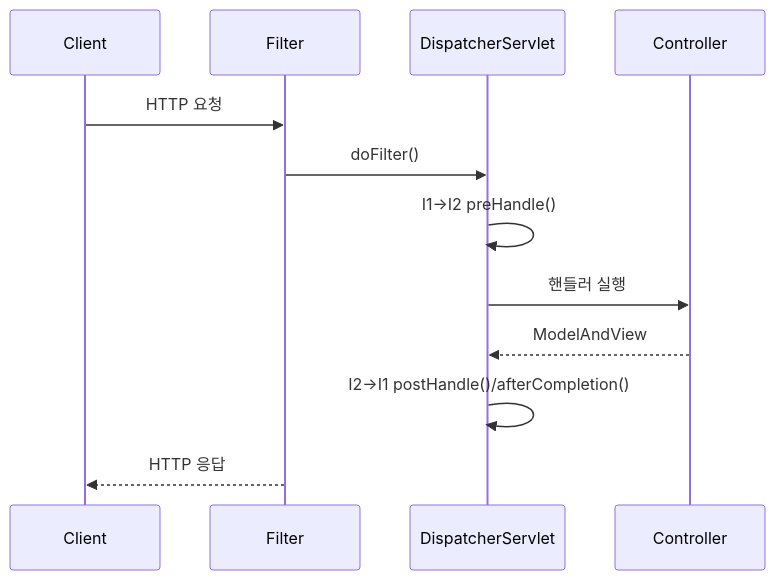
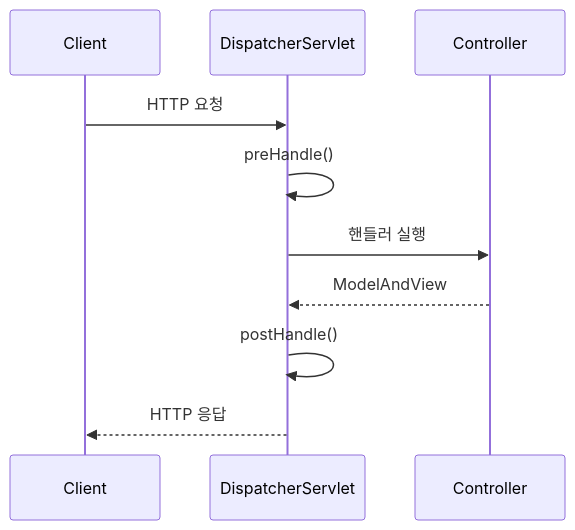
Before and after one commit to yjkim2015/yjkim2015.github.io: the third of 8 diagrams in _posts/spring/2026-05-02-spring-interceptor.md, drawn with Mermaid. The commit also changed other lines of this file and 155 other files, not shown here.

First line of the commit message:
Mermaid 전면 수정: subgraph 제거, participant/노드/줄수 축소 (342블록)

````diff
--- a/_posts/spring/2026-05-02-spring-interceptor.md
+++ b/_posts/spring/2026-05-02-spring-interceptor.md
@@ -326,14 +326,12 @@
 ```mermaid
 sequenceDiagram
     participant C as Client
-    participant F as Filter
     participant DS as DispatcherServlet
     participant CT as Controller
-    C->>F: HTTP 요청
-    F->>DS: doFilter()
-    DS->>DS: I1→I2 preHandle()
+    C->>DS: HTTP 요청
+    DS->>DS: preHandle()
     DS->>CT: 핸들러 실행
     CT-->>DS: ModelAndView
-    DS->>DS: I2→I1 postHandle()/afterCompletion()
-    F-->>C: HTTP 응답
+    DS->>DS: postHandle()
+    DS-->>C: HTTP 응답
 ```
````
